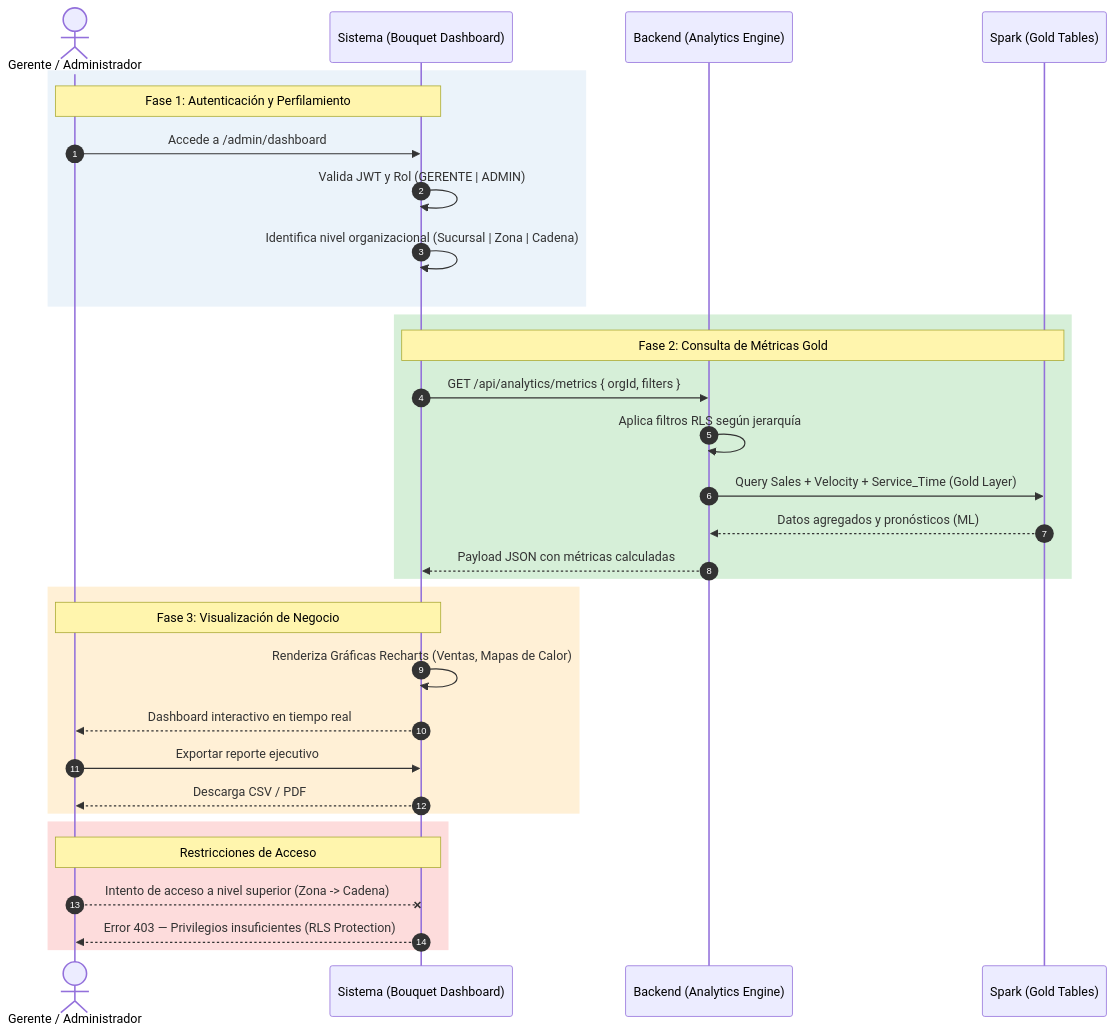
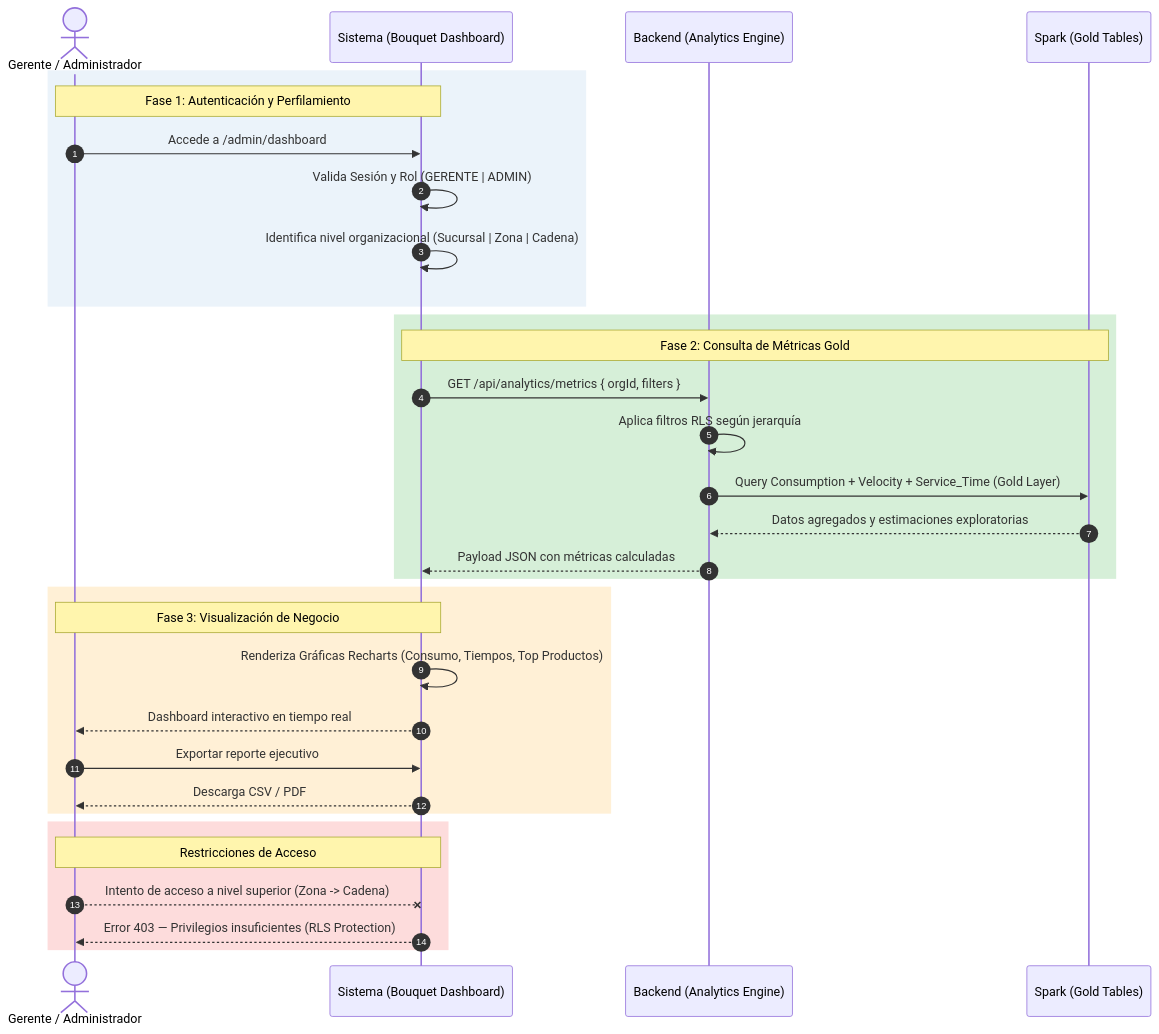
One commit to dvillagrans/Bouquet changed the diagram in docs/_assets/casos_uso/CU_05.mmd. Above: the diagram before and after it, drawn with Mermaid. The commit also changed 27 other files, not shown here.

```diff
--- a/docs/_assets/casos_uso/CU_05.mmd
+++ b/docs/_assets/casos_uso/CU_05.mmd
@@ -1,38 +1,38 @@
 sequenceDiagram
     autonumber
     
     %% Color Palette
     actor G as Gerente / Administrador
     participant S as Sistema (Bouquet Dashboard)
     participant B as Backend (Analytics Engine)
     participant DB as Spark (Gold Tables)
 
     rect rgb(235, 243, 250)
         Note over G,S: Fase 1: Autenticación y Perfilamiento
         G->>S: Accede a /admin/dashboard
-        S->>S: Valida JWT y Rol (GERENTE | ADMIN)
+        S->>S: Valida Sesión y Rol (GERENTE | ADMIN)
         S->>S: Identifica nivel organizacional (Sucursal | Zona | Cadena)
     end
 
     rect rgb(214, 239, 216)
         Note over S,DB: Fase 2: Consulta de Métricas Gold
         S->>B: GET /api/analytics/metrics { orgId, filters }
         B->>B: Aplica filtros RLS según jerarquía
-        B->>DB: Query Sales + Velocity + Service_Time (Gold Layer)
-        DB-->>B: Datos agregados y pronósticos (ML)
+        B->>DB: Query Consumption + Velocity + Service_Time (Gold Layer)
+        DB-->>B: Datos agregados y estimaciones exploratorias
         B-->>S: Payload JSON con métricas calculadas
     end
 
     rect rgb(255, 240, 214)
         Note over G,S: Fase 3: Visualización de Negocio
-        S->>S: Renderiza Gráficas Recharts (Ventas, Mapas de Calor)
+        S->>S: Renderiza Gráficas Recharts (Consumo, Tiempos, Top Productos)
         S-->>G: Dashboard interactivo en tiempo real
         G->>S: Exportar reporte ejecutivo
         S-->>G: Descarga CSV / PDF
     end
 
     rect rgb(253, 220, 220)
         Note over G,S: Restricciones de Acceso
         G--xS: Intento de acceso a nivel superior (Zona -> Cadena)
         S-->>G: Error 403 — Privilegios insuficientes (RLS Protection)
     end
```
